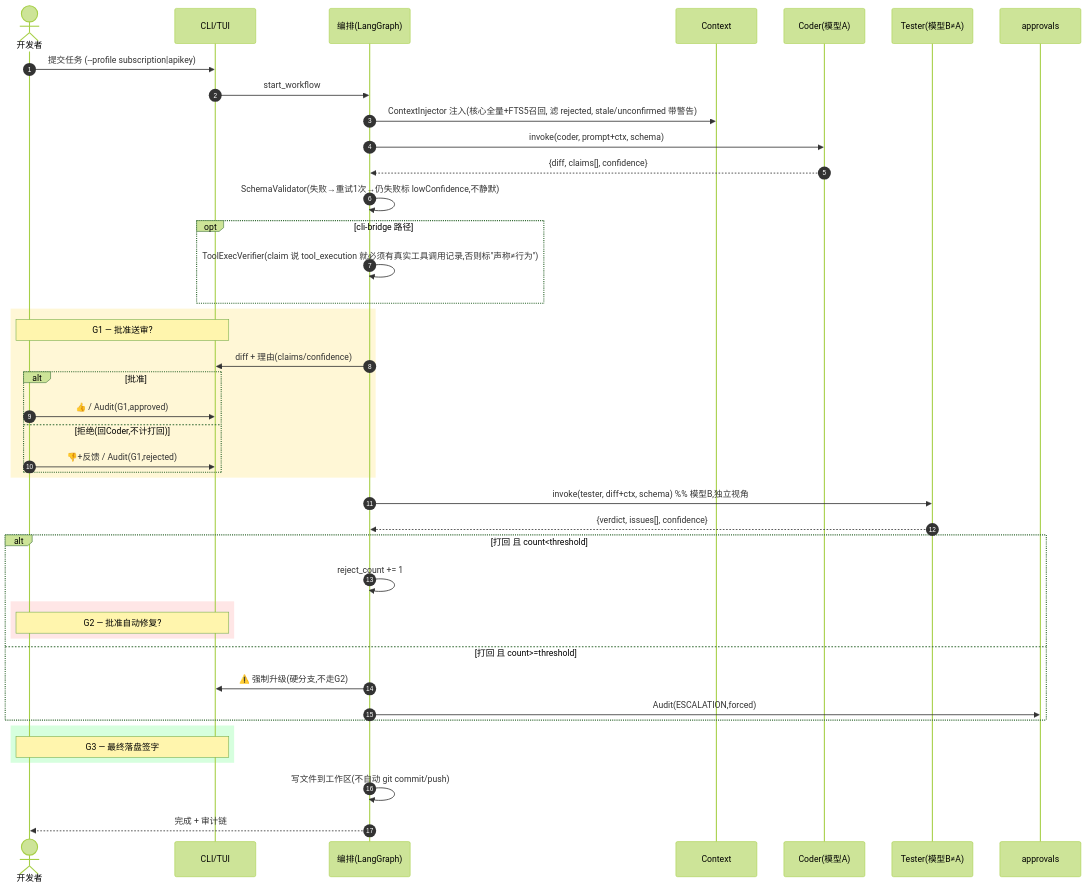
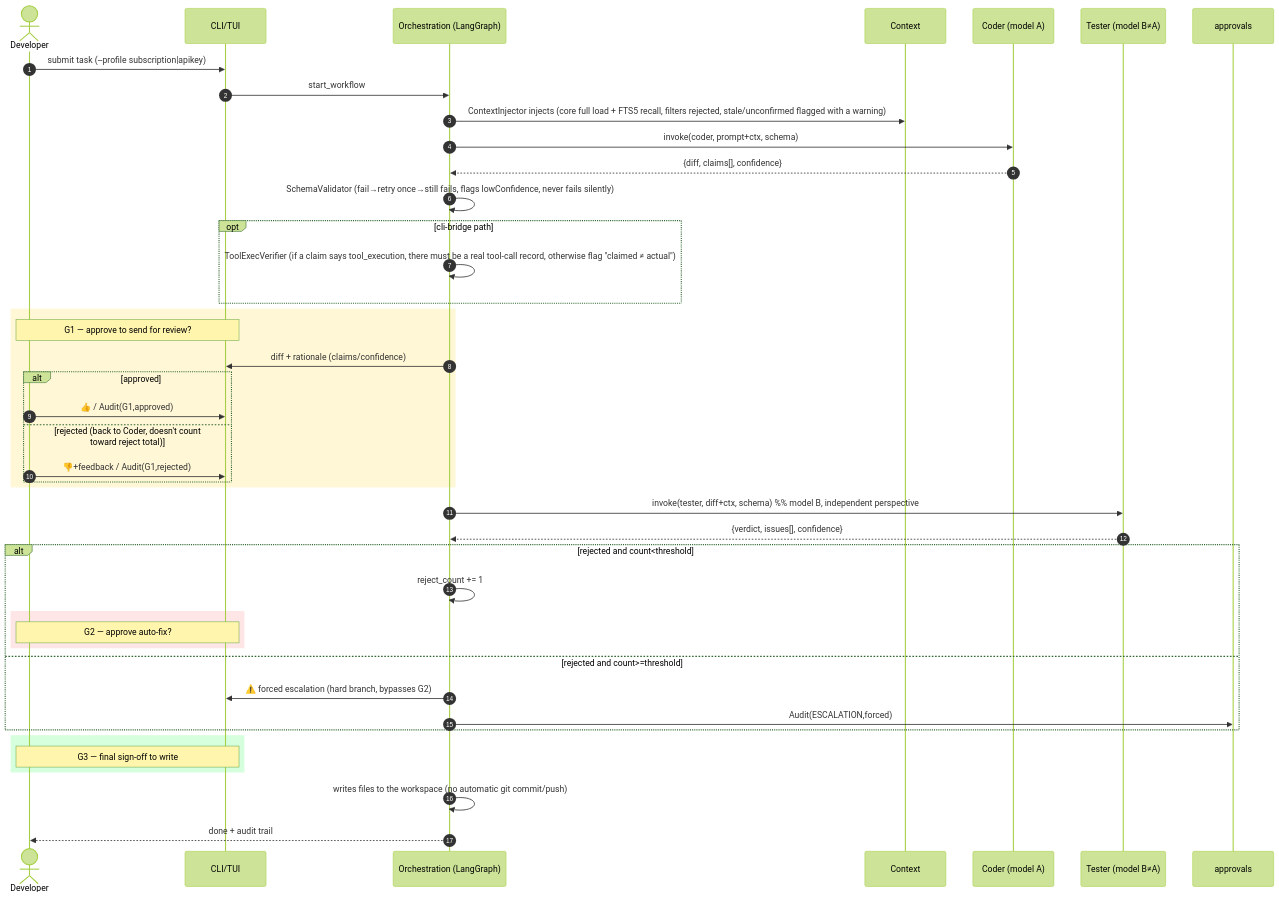
Before and after one commit to elishawong/aeloop: the fourth of 6 diagrams in docs/DESIGN.md, drawn with Mermaid (forest theme). The commit also changed other lines of this file and 84 other files, not shown here.

````diff
--- a/docs/DESIGN.md
+++ b/docs/DESIGN.md
@@ -171,46 +171,46 @@
 ```mermaid
 sequenceDiagram
     autonumber
-    actor Dev as 开发者
+    actor Dev as Developer
     participant UI as CLI/TUI
-    participant Orc as 编排(LangGraph)
+    participant Orc as Orchestration (LangGraph)
     participant Mem as Context
-    participant Coder as Coder(模型A)
-    participant Tester as Tester(模型B≠A)
+    participant Coder as Coder (model A)
+    participant Tester as Tester (model B≠A)
     participant Audit as approvals
 
-    Dev->>UI: 提交任务 (--profile subscription|apikey)
+    Dev->>UI: submit task (--profile subscription|apikey)
     UI->>Orc: start_workflow
-    Orc->>Mem: ContextInjector 注入(核心全量+FTS5召回, 滤 rejected, stale/unconfirmed 带警告)
+    Orc->>Mem: ContextInjector injects (core full load + FTS5 recall, filters rejected, stale/unconfirmed flagged with a warning)
     Orc->>Coder: invoke(coder, prompt+ctx, schema)
     Coder-->>Orc: {diff, claims[], confidence}
-    Orc->>Orc: SchemaValidator(失败→重试1次→仍失败标 lowConfidence,不静默)
-    opt cli-bridge 路径
-        Orc->>Orc: ToolExecVerifier(claim 说 tool_execution 就必须有真实工具调用记录,否则标"声称≠行为")
+    Orc->>Orc: SchemaValidator (fail→retry once→still fails, flags lowConfidence, never fails silently)
+    opt cli-bridge path
+        Orc->>Orc: ToolExecVerifier (if a claim says tool_execution, there must be a real tool-call record, otherwise flag "claimed ≠ actual")
     end
     rect rgb(255,247,214)
-    Note over Dev,UI: G1 — 批准送审?
-    Orc->>UI: diff + 理由(claims/confidence)
-    alt 批准
+    Note over Dev,UI: G1 — approve to send for review?
+    Orc->>UI: diff + rationale (claims/confidence)
+    alt approved
         Dev->>UI: 👍 / Audit(G1,approved)
-    else 拒绝(回Coder,不计打回)
-        Dev->>UI: 👎+反馈 / Audit(G1,rejected)
+    else rejected (back to Coder, doesn't count toward reject total)
+        Dev->>UI: 👎+feedback / Audit(G1,rejected)
     end
     end
-    Orc->>Tester: invoke(tester, diff+ctx, schema)  %% 模型B,独立视角
+    Orc->>Tester: invoke(tester, diff+ctx, schema)  %% model B, independent perspective
     Tester-->>Orc: {verdict, issues[], confidence}
-    alt 打回 且 count<threshold
+    alt rejected and count<threshold
         Orc->>Orc: reject_count += 1
         rect rgb(255,230,230)
-        Note over Dev,UI: G2 — 批准自动修复?
+        Note over Dev,UI: G2 — approve auto-fix?
         end
-    else 打回 且 count>=threshold
-        Orc->>UI: ⚠️ 强制升级(硬分支,不走G2)
+    else rejected and count>=threshold
+        Orc->>UI: ⚠️ forced escalation (hard branch, bypasses G2)
         Orc->>Audit: Audit(ESCALATION,forced)
     end
     rect rgb(214,255,222)
-    Note over Dev,UI: G3 — 最终落盘签字
+    Note over Dev,UI: G3 — final sign-off to write
     end
-    Orc->>Orc: 写文件到工作区(不自动 git commit/push)
-    Orc-->>Dev: 完成 + 审计链
+    Orc->>Orc: writes files to the workspace (no automatic git commit/push)
+    Orc-->>Dev: done + audit trail
 ```
````
